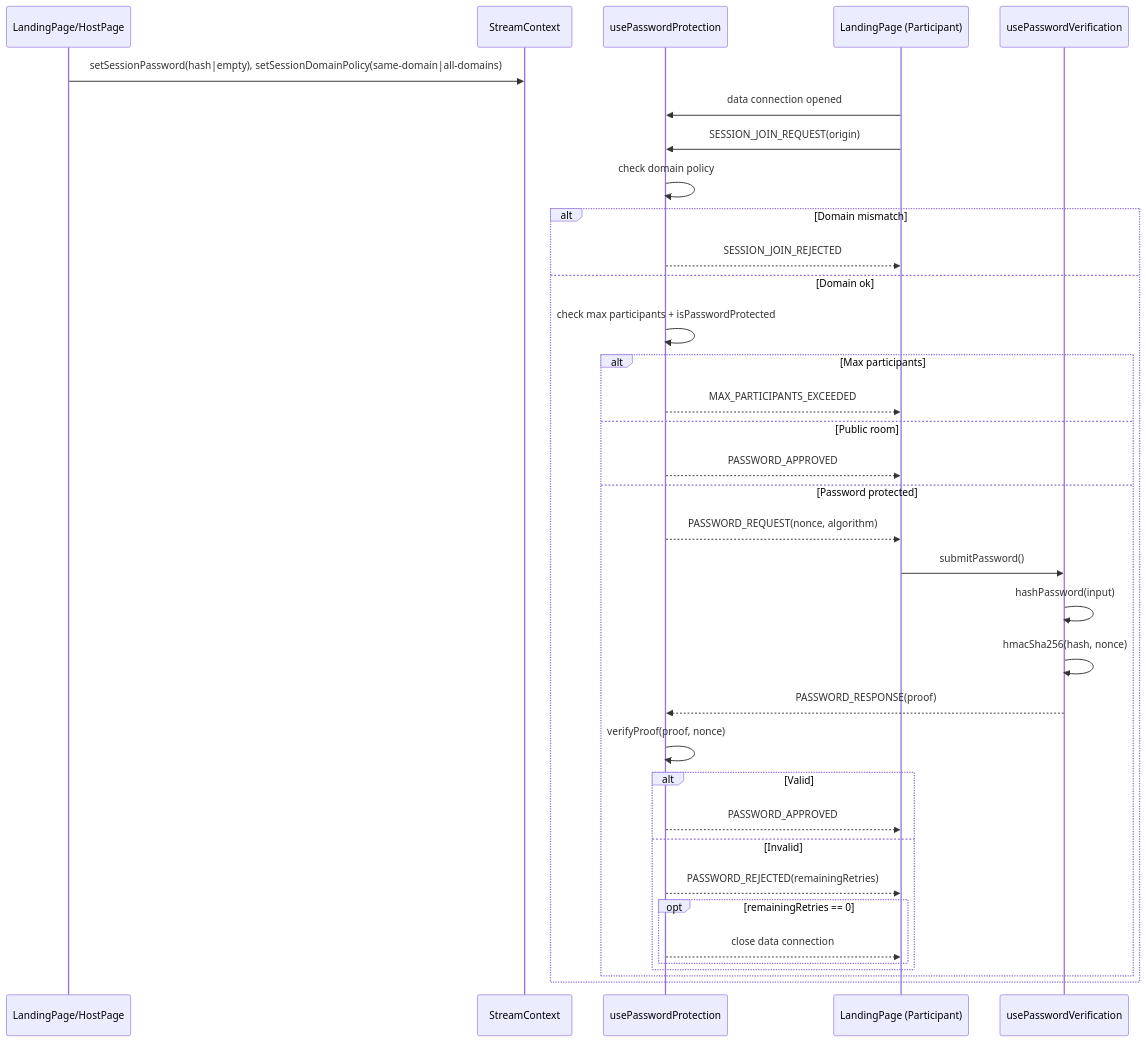
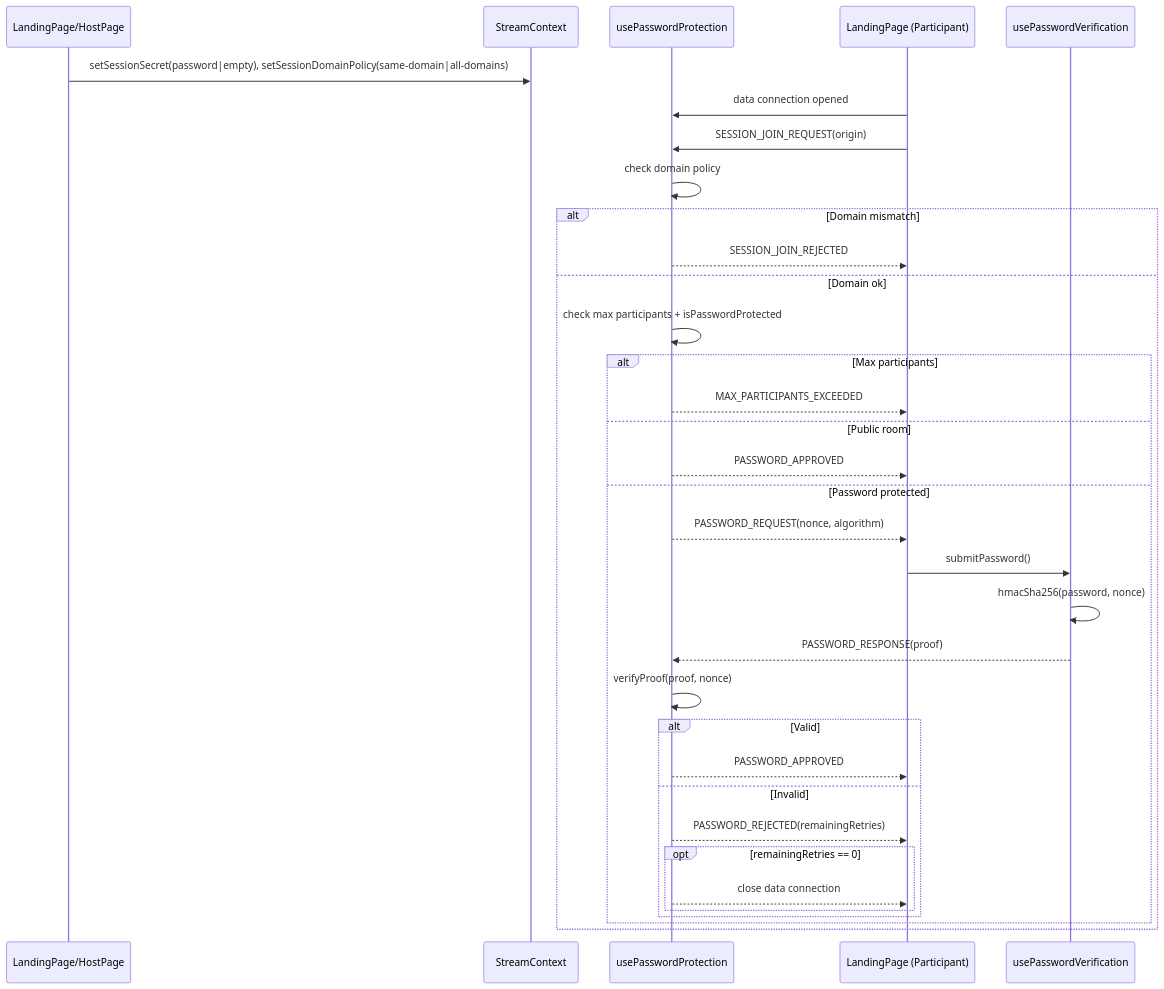
The second of 9 diagrams in ARCHITECTURE.md (BackGwa/Perspective), drawn with Mermaid before and after one commit. The commit also changed other lines of this file and 7 other files, not shown here.

````diff
--- a/ARCHITECTURE.md
+++ b/ARCHITECTURE.md
@@ -60,39 +60,38 @@
 ```mermaid
 sequenceDiagram
     participant Host as LandingPage/HostPage
     participant SC as StreamContext
     participant PwdH as usePasswordProtection
     participant Part as LandingPage (Participant)
     participant PwdV as usePasswordVerification
 
-    Host->>SC: setSessionPassword(hash|empty), setSessionDomainPolicy(same-domain|all-domains)
+    Host->>SC: setSessionSecret(password|empty), setSessionDomainPolicy(same-domain|all-domains)
     Part->>PwdH: data connection opened
     Part->>PwdH: SESSION_JOIN_REQUEST(origin)
     PwdH->>PwdH: check domain policy
 
     alt Domain mismatch
         PwdH-->>Part: SESSION_JOIN_REJECTED
     else Domain ok
         PwdH->>PwdH: check max participants + isPasswordProtected
         alt Max participants
             PwdH-->>Part: MAX_PARTICIPANTS_EXCEEDED
         else Public room
             PwdH-->>Part: PASSWORD_APPROVED
         else Password protected
             PwdH-->>Part: PASSWORD_REQUEST(nonce, algorithm)
             Part->>PwdV: submitPassword()
-            PwdV->>PwdV: hashPassword(input)
-            PwdV->>PwdV: hmacSha256(hash, nonce)
+            PwdV->>PwdV: hmacSha256(password, nonce)
             PwdV-->>PwdH: PASSWORD_RESPONSE(proof)
             PwdH->>PwdH: verifyProof(proof, nonce)
             alt Valid
                 PwdH-->>Part: PASSWORD_APPROVED
             else Invalid
                 PwdH-->>Part: PASSWORD_REJECTED(remainingRetries)
                 opt remainingRetries == 0
                     PwdH-->>Part: close data connection
                 end
             end
         end
     end
 ```
````
